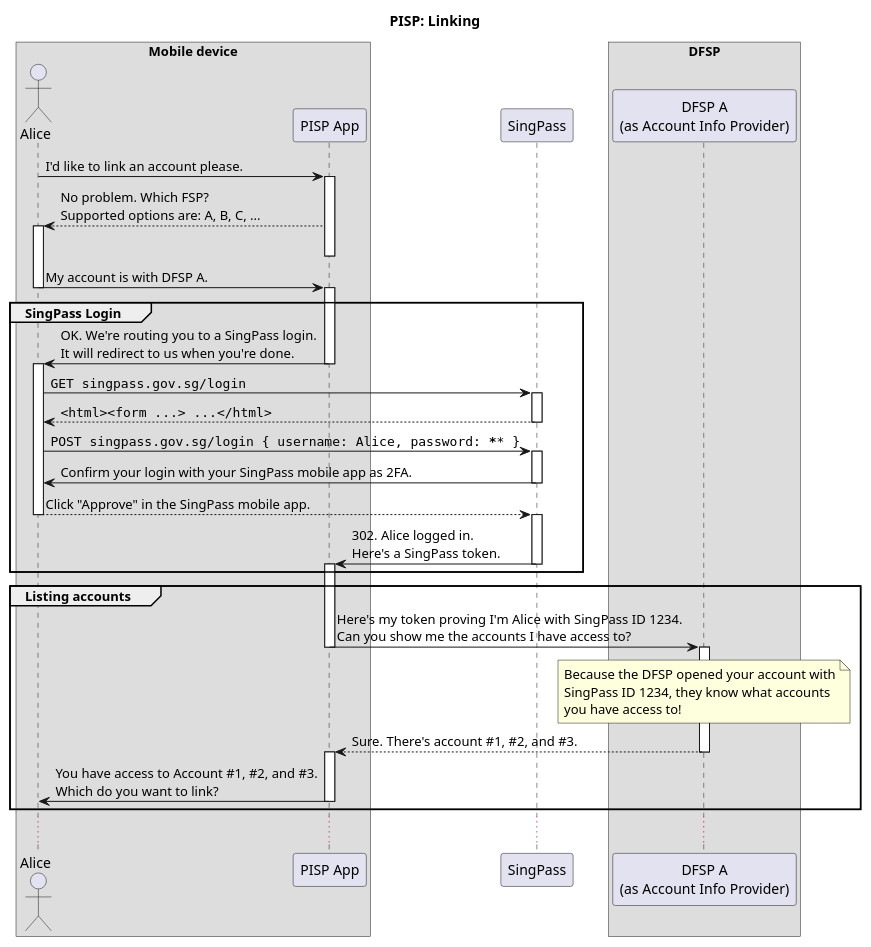
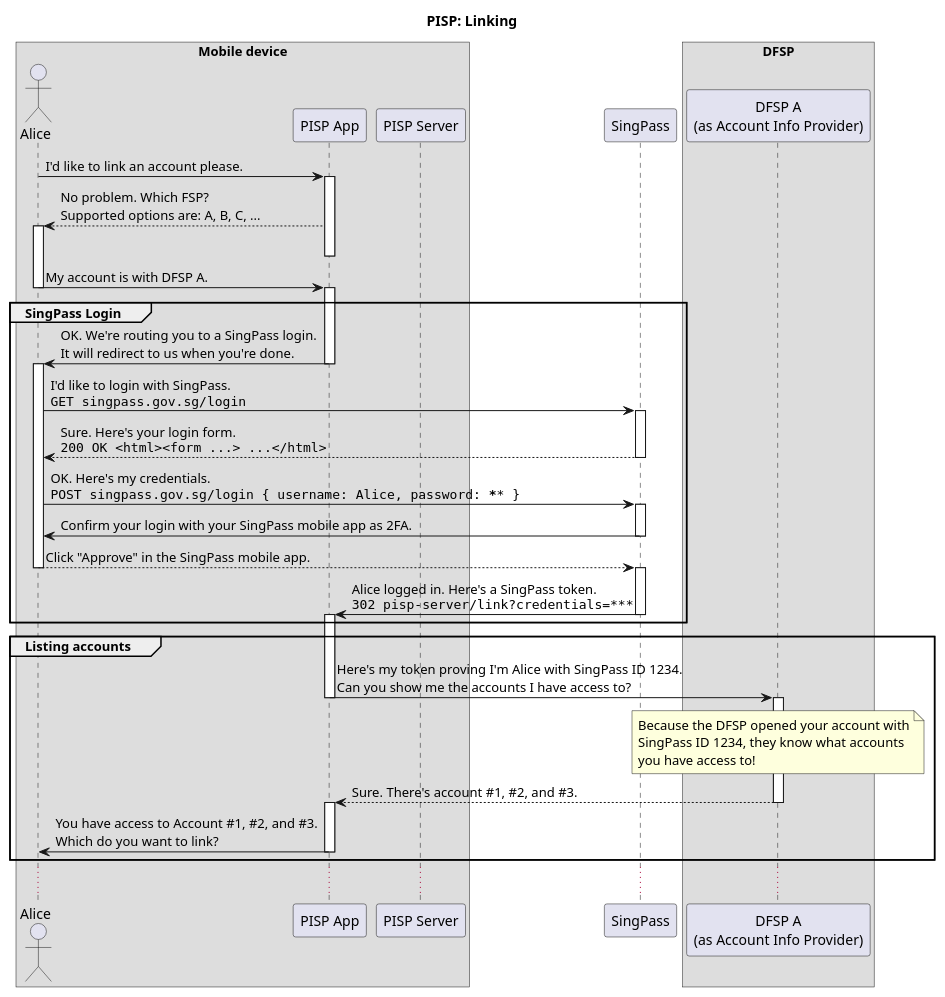
Before and after one commit to jgeewax/mojaloop-pisp: the diagram in pisp-singpass.puml, drawn with PlantUML.

Commit message:
Updated SingPass login with a bit more detail

```diff
--- a/pisp-singpass.puml
+++ b/pisp-singpass.puml
@@ -1,61 +1,62 @@
 @startuml
 
 title PISP: Linking
 
 box "Mobile device"
     actor Alice
     participant "PISP App" as App
+    participant "PISP Server" as PISP
 end box
 participant "SingPass" as IP
 box "DFSP"
     participant "DFSP A\n(as Account Info Provider)" as AIP
 end box
 
 Alice -> App: I'd like to link an account please.
 activate App
 App --> Alice: No problem. Which FSP?\nSupported options are: A, B, C, ...
 activate Alice
 deactivate App
 Alice -> App: My account is with DFSP A.
 deactivate Alice
 activate App
 
 group SingPass Login
     App -> Alice: OK. We're routing you to a SingPass login.\nIt will redirect to us when you're done.
     deactivate App
     activate Alice
-    Alice -> IP: ""GET singpass.gov.sg/login""
+    Alice -> IP: I'd like to login with SingPass.\n""GET singpass.gov.sg/login""
     activate IP
-    IP --> Alice: ""<html><form ...> ...</html>""
+    IP --> Alice: Sure. Here's your login form.\n""200 OK <html><form ...> ...</html>""
     deactivate IP
-    Alice -> IP: ""POST singpass.gov.sg/login { username: Alice, password: ****** }""
+    Alice -> IP: OK. Here's my credentials.\n""POST singpass.gov.sg/login { username: Alice, password: ****** }""
     activate IP
     IP -> Alice: Confirm your login with your SingPass mobile app as 2FA.
     deactivate IP
     Alice --> IP: Click "Approve" in the SingPass mobile app.
     deactivate Alice
     activate IP
-    IP -> App: 302. Alice logged in.\nHere's a SingPass token.
+    IP -> App: Alice logged in. Here's a SingPass token.\n""302 pisp-server/link?credentials=~*~*~*""
     deactivate IP
     activate App
 end
 
 group Listing accounts
     App -> AIP: Here's my token proving I'm Alice with SingPass ID 1234.\nCan you show me the accounts I have access to?
     deactivate App
     note over AIP
       Because the DFSP opened your account with
       SingPass ID 1234, they know what accounts
       you have access to!
     end note
     activate AIP
     AIP --> App: Sure. There's account #1, #2, and #3.
     deactivate AIP
     activate App
     App -> Alice: You have access to Account #1, #2, and #3.\nWhich do you want to link?
     deactivate App
 end
 
 ...
 
 @enduml
```
